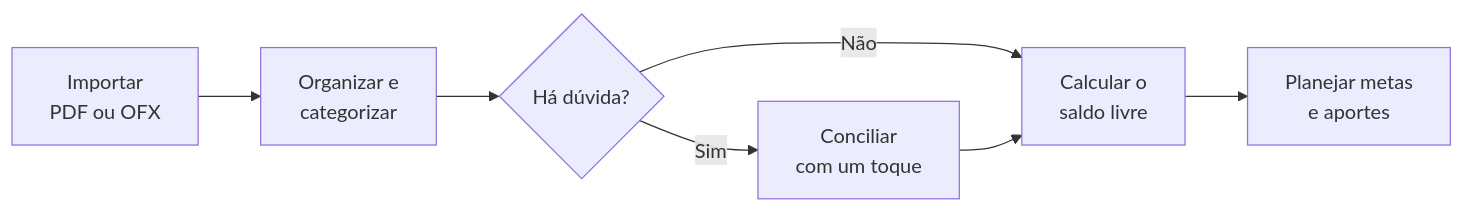
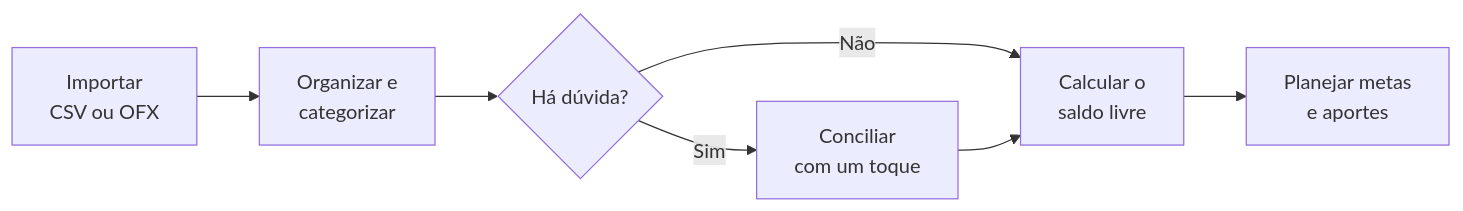
The first of 3 diagrams in README.md (luizfelipe-pacifico/talentum), drawn with Mermaid before and after one commit. The commit also changed other lines of this file and 13 other files, not shown here.

````diff
--- a/README.md
+++ b/README.md
@@ -32,9 +32,9 @@
 ```mermaid
 flowchart LR
-    A[Importar<br/>PDF ou OFX] --> B[Organizar e<br/>categorizar]
+    A[Importar<br/>CSV ou OFX] --> B[Organizar e<br/>categorizar]
     B --> C{Há dúvida?}
     C -- Sim --> D[Conciliar<br/>com um toque]
     C -- Não --> E[Calcular o<br/>saldo livre]
     D --> E
     E --> F[Planejar metas<br/>e aportes]
 ```
````
